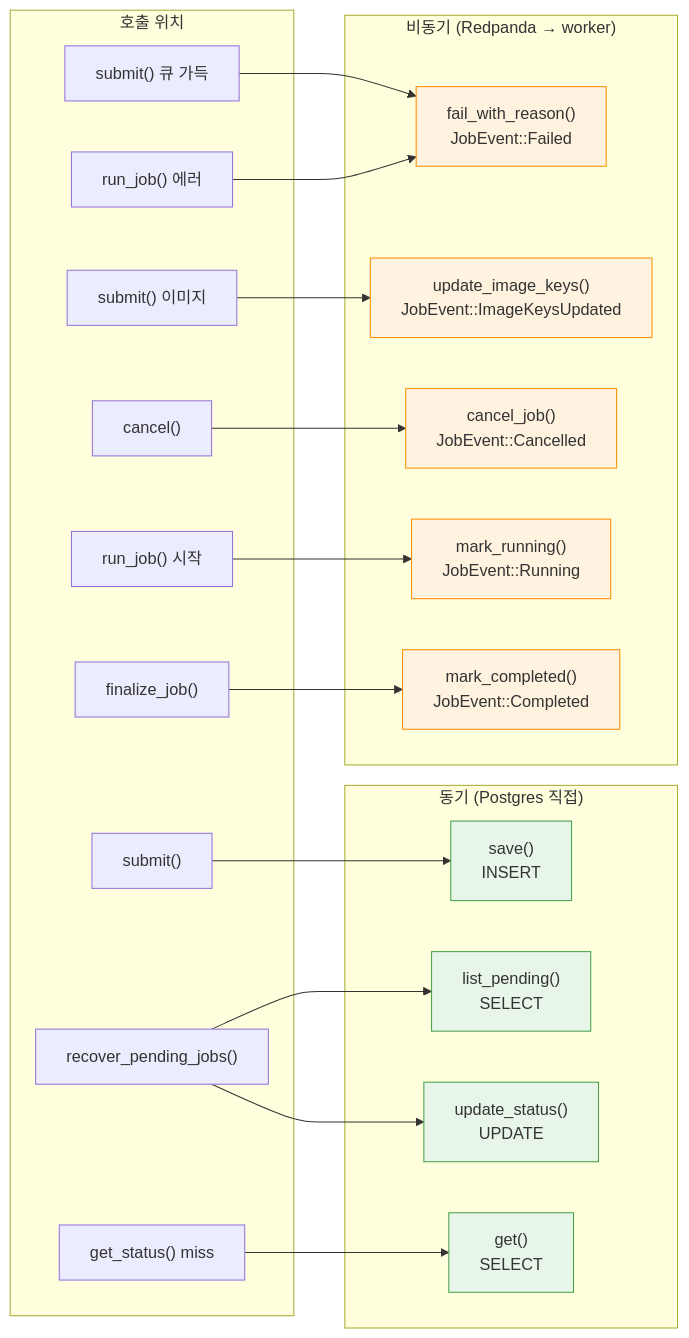
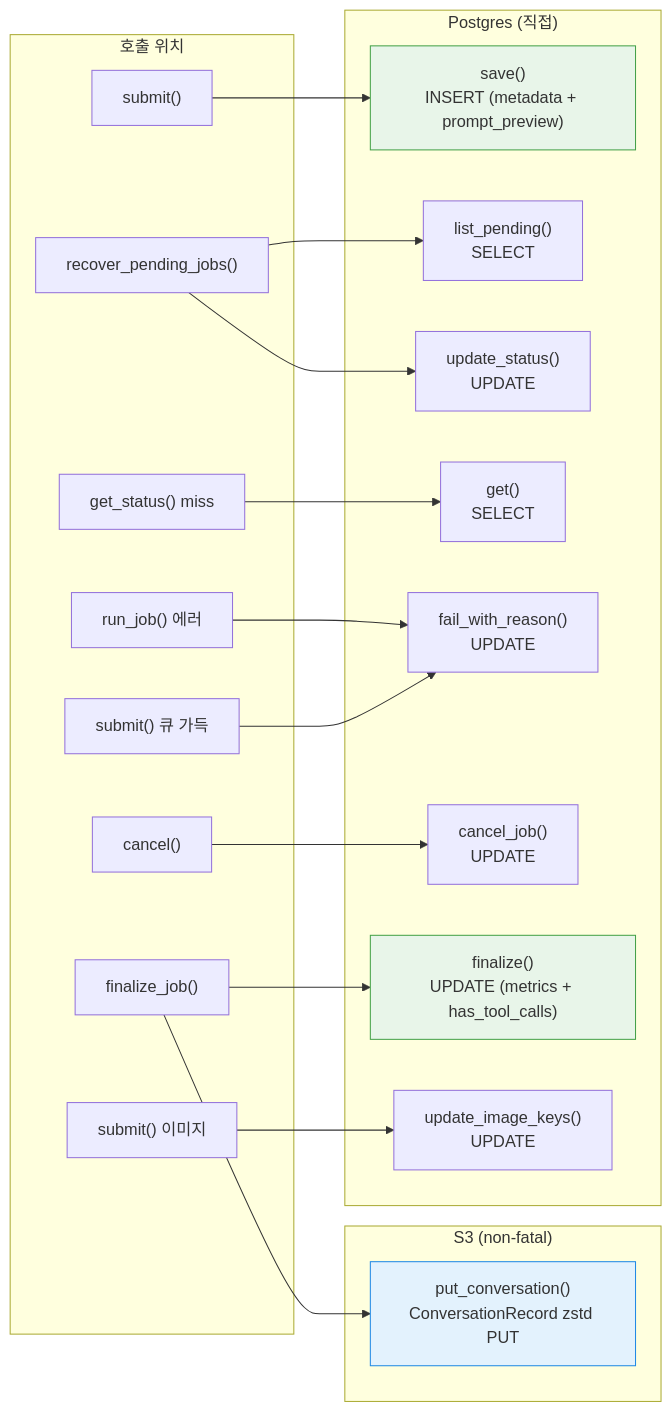
The seventh of 7 diagrams in docs/llm/flows/job-event-pipeline.md (beegy-labs/veronex), drawn with Mermaid before and after one commit. The commit also changed other lines of this file and 10 other files, not shown here.

````diff
--- a/docs/llm/flows/job-event-pipeline.md
+++ b/docs/llm/flows/job-event-pipeline.md
@@ -306,50 +247,43 @@
 ```mermaid
 flowchart LR
     subgraph CALLS["호출 위치"]
         A1["submit()"]
         A2["submit() 큐 가득"]
         A3["submit() 이미지"]
         A4["cancel()"]
-        A5["run_job() 시작"]
-        A6["run_job() 에러"]
-        A7["finalize_job()"]
-        A8["recover_pending_jobs()"]
-        A9["get_status() miss"]
+        A5["run_job() 에러"]
+        A6["finalize_job()"]
+        A7["recover_pending_jobs()"]
+        A8["get_status() miss"]
     end
 
-    subgraph SYNC["동기 (Postgres 직접)"]
-        B1["save()\nINSERT"]
+    subgraph POSTGRES["Postgres (직접)"]
+        B1["save()\nINSERT (metadata + prompt_preview)"]
         B2["list_pending()\nSELECT"]
         B3["update_status()\nUPDATE"]
         B4["get()\nSELECT"]
+        B5["fail_with_reason()\nUPDATE"]
+        B6["cancel_job()\nUPDATE"]
+        B7["finalize()\nUPDATE (metrics + has_tool_calls)"]
+        B8["update_image_keys()\nUPDATE"]
     end
 
-    subgraph ASYNC["비동기 (Redpanda → worker)"]
-        C1["fail_with_reason()\nJobEvent::Failed"]
-        C2["update_image_keys()\nJobEvent::ImageKeysUpdated"]
-        C3["cancel_job()\nJobEvent::Cancelled"]
-        C4["mark_running()\nJobEvent::Running"]
-        C5["mark_completed()\nJobEvent::Completed"]
+    subgraph S3WRITE["S3 (non-fatal)"]
+        C1["put_conversation()\nConversationRecord zstd PUT"]
     end
 
     A1 --> B1
-    A2 --> C1
-    A3 --> C2
-    A4 --> C3
-    A5 --> C4
+    A2 --> B5
+    A3 --> B8
+    A4 --> B6
+    A5 --> B5
     A6 --> C1
-    A7 --> C5
-    A8 --> B2
-    A8 --> B3
-    A9 --> B4
+    A6 --> B7
+    A7 --> B2
+    A7 --> B3
+    A8 --> B4
 
     style B1 fill:#e8f5e9,stroke:#43a047
-    style B2 fill:#e8f5e9,stroke:#43a047
-    style B3 fill:#e8f5e9,stroke:#43a047
-    style B4 fill:#e8f5e9,stroke:#43a047
-    style C1 fill:#fff3e0,stroke:#fb8c00
-    style C2 fill:#fff3e0,stroke:#fb8c00
-    style C3 fill:#fff3e0,stroke:#fb8c00
-    style C4 fill:#fff3e0,stroke:#fb8c00
-    style C5 fill:#fff3e0,stroke:#fb8c00
+    style B7 fill:#e8f5e9,stroke:#43a047
+    style C1 fill:#e3f2fd,stroke:#1e88e5
 ```
````
